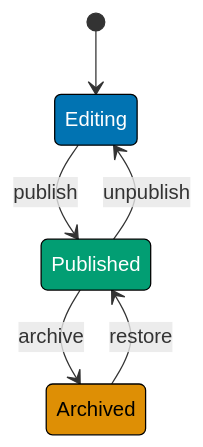
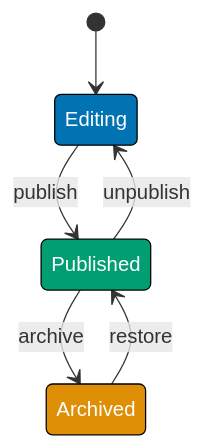
One commit to wahidyankf/open-sharia-enterprise changed the seventh of 7 diagrams in apps/ayokoding-web/content/en/learn/software-engineering/architecture/finite-state-machine-fsm/by-example/beginner.md. Above: the diagram before and after it, drawn with Mermaid. The commit also changed other lines of this file and 61 other files, not shown here.

First line of the commit message:
fix(ayokoding-web): quote Mermaid node labels with special characters in Example 63

````diff
--- a/apps/ayokoding-web/content/en/learn/software-engineering/architecture/finite-state-machine-fsm/by-example/beginner.md
+++ b/apps/ayokoding-web/content/en/learn/software-engineering/architecture/finite-state-machine-fsm/by-example/beginner.md
@@ -711,16 +711,16 @@
 ```mermaid
 stateDiagram-v2
     [*] --> Editing
     Editing --> Published: publish
     Published --> Editing: unpublish
     Published --> Archived: archive
     Archived --> Published: restore
 
     classDef editingState fill:#0173B2,stroke:#000,color:#fff
     classDef publishedState fill:#029E73,stroke:#000,color:#fff
-    classDef archivedState fill:#DE8F05,stroke:#000,color:#000
+    classDef archivedState fill:#DE8F05,stroke:#000,color:#fff
 
     class Editing editingState
     class Published publishedState
     class Archived archivedState
 ```
````
